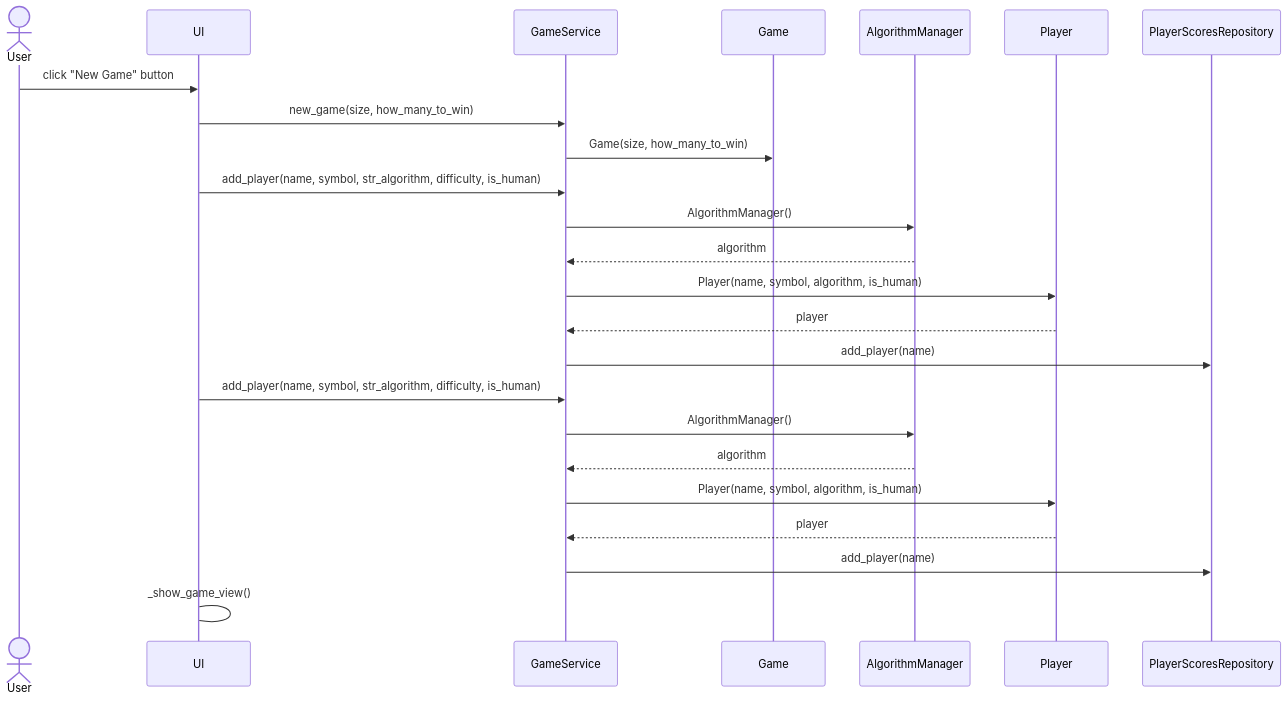
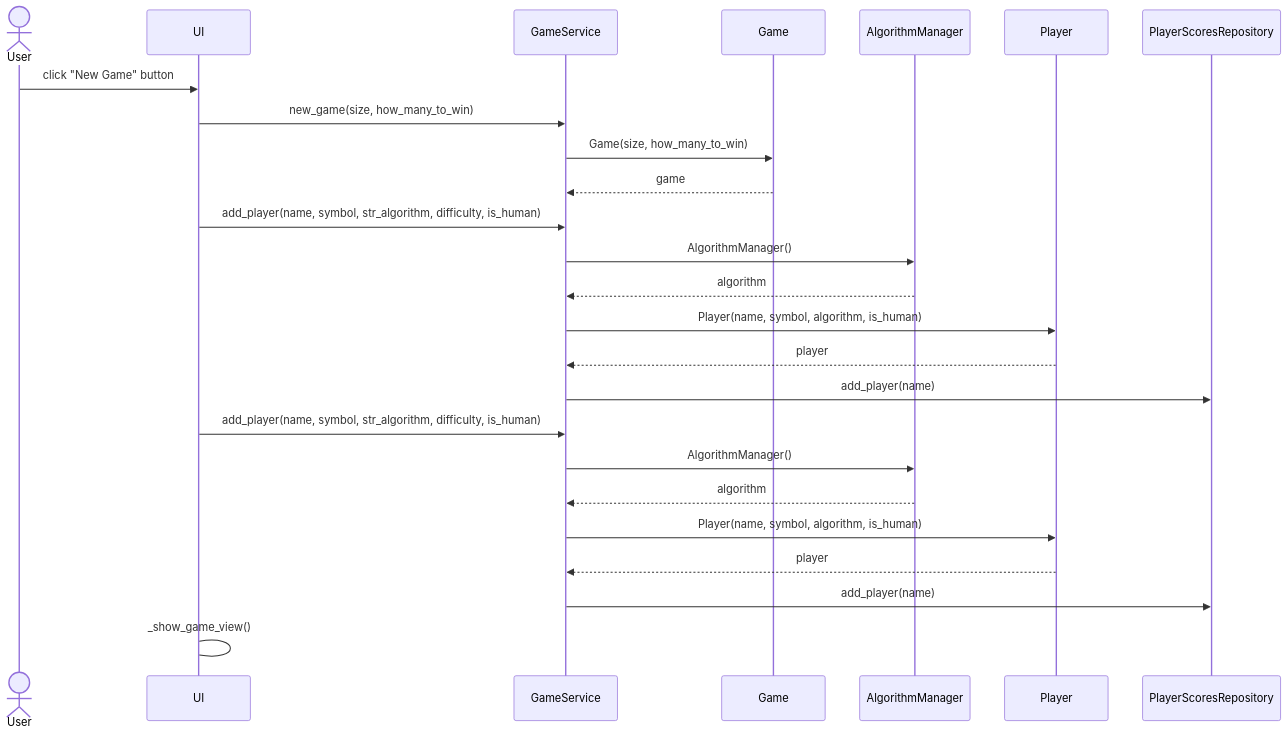
The diagram in dokumentaatio/arkkitehtuuri.md (JonathanHeyno/ot-harjoitustyo), drawn with Mermaid before and after one commit.

````diff
--- a/dokumentaatio/arkkitehtuuri.md
+++ b/dokumentaatio/arkkitehtuuri.md
@@ -30,26 +30,27 @@
 ```mermaid
 sequenceDiagram
   actor User
   participant UI
   participant GameService
   participant Game
   participant AlgorithmManager
   participant Player
   participant PlayerScoresRepository
   User->>UI: click "New Game" button
   UI->>GameService: new_game(size, how_many_to_win)
   GameService->>Game: Game(size, how_many_to_win)
+  Game-->>GameService: game
   UI->>GameService: add_player(name, symbol, str_algorithm, difficulty, is_human)
   GameService->>AlgorithmManager: AlgorithmManager()
   AlgorithmManager-->>GameService: algorithm
   GameService->>Player: Player(name, symbol, algorithm, is_human)
   Player-->>GameService: player
   GameService->>PlayerScoresRepository: add_player(name)
   UI->>GameService: add_player(name, symbol, str_algorithm, difficulty, is_human)
   GameService->>AlgorithmManager: AlgorithmManager()
   AlgorithmManager-->>GameService: algorithm
   GameService->>Player: Player(name, symbol, algorithm, is_human)
   Player-->>GameService: player
   GameService->>PlayerScoresRepository: add_player(name)
   UI->UI: _show_game_view()
 ```
````
